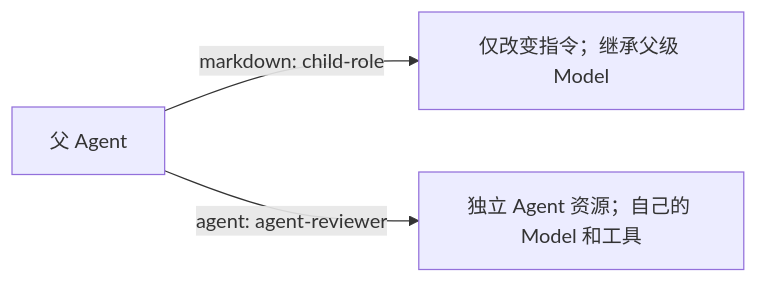
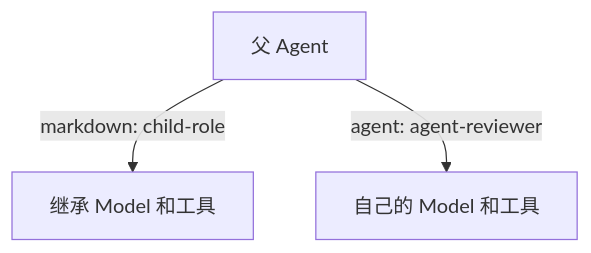
One commit to converge-ai-labs/agent-foundation changed the diagram in docs/a13n-harness-ui/agents-and-subagents.zh-CN.md. Above: the diagram before and after it, drawn with Mermaid. The commit also changed other lines of this file and 124 other files, not shown here.

````diff
--- a/docs/a13n-harness-ui/agents-and-subagents.zh-CN.md
+++ b/docs/a13n-harness-ui/agents-and-subagents.zh-CN.md
@@ -10,7 +10,7 @@
 ```mermaid
-flowchart LR
-    Parent[父 Agent] -->|markdown: child-role| Markdown[仅改变指令；继承父级 Model]
-    Parent -->|agent: agent-reviewer| Resource[独立 Agent 资源；自己的 Model 和工具]
+flowchart TB
+    Parent[父 Agent] -->|markdown: child-role| Markdown[继承 Model 和工具]
+    Parent -->|agent: agent-reviewer| Resource[自己的 Model 和工具]
 
     class Parent a13n
 ```
````
